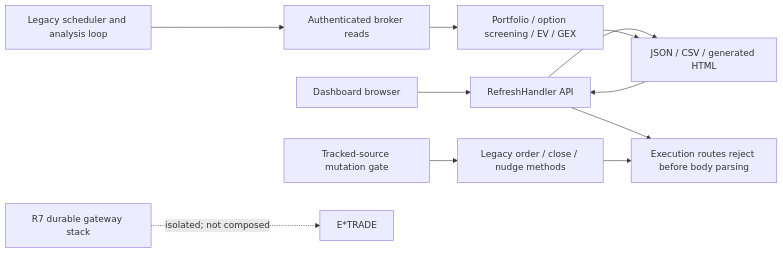
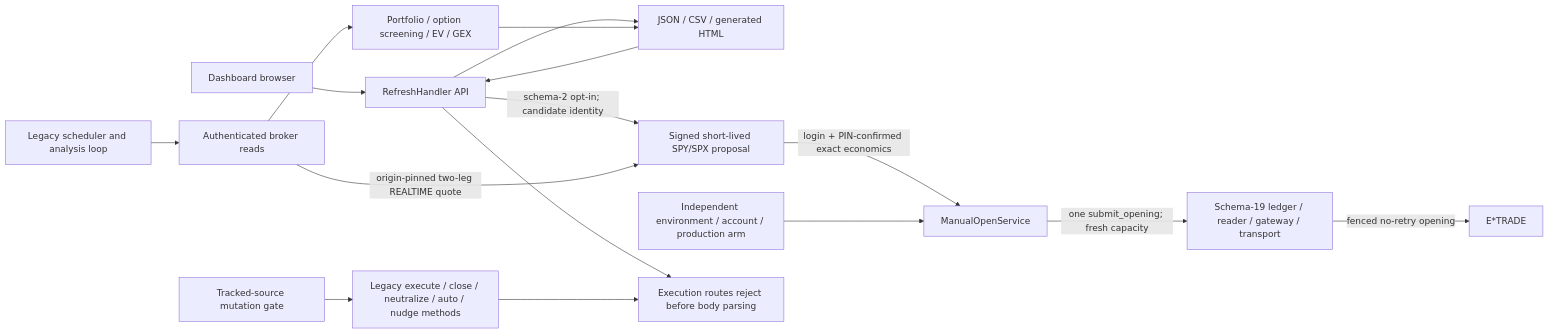
The first of 3 diagrams in etrade_python_client/docs/production_readiness_upgrade_plan.md (tbt316/etrade_quant_trading), drawn with Mermaid before and after one commit. The commit also changed other lines of this file and 32 other files, not shown here.

````diff
--- a/etrade_python_client/docs/production_readiness_upgrade_plan.md
+++ b/etrade_python_client/docs/production_readiness_upgrade_plan.md
@@ -167,13 +201,18 @@
 ```mermaid
 flowchart LR
     UI["Dashboard browser"] --> HTTP["RefreshHandler API"]
     HTTP --> FILES["JSON / CSV / generated HTML"]
     LOOP["Legacy scheduler and analysis loop"] --> READS["Authenticated broker reads"]
     READS --> SCREEN["Portfolio / option screening / EV / GEX"]
     SCREEN --> FILES
     FILES --> HTTP
+    HTTP -->|"schema-2 opt-in; candidate identity"| PROPOSAL["Signed short-lived SPY/SPX proposal"]
+    READS -->|"origin-pinned two-leg REALTIME quote"| PROPOSAL
+    PROPOSAL -->|"login + PIN-confirmed exact economics"| SERVICE["ManualOpenService"]
+    SAFETY["Independent environment / account / production arm"] --> SERVICE
+    SERVICE -->|"one submit_opening; fresh capacity"| CORE["Schema-19 ledger / reader / gateway / transport"]
+    CORE -->|"fenced no-retry opening"| BROKER["E*TRADE"]
     HTTP --> BLOCK["Execution routes reject before body parsing"]
-    LEGACY["Legacy order / close / nudge methods"] --> BLOCK
+    LEGACY["Legacy execute / close / neutralize / auto / nudge methods"] --> BLOCK
     STATIC["Tracked-source mutation gate"] --> LEGACY
-    CORE["R7 durable gateway stack"] -.->|"isolated; not composed"| BROKER["E*TRADE"]
 ```
````
